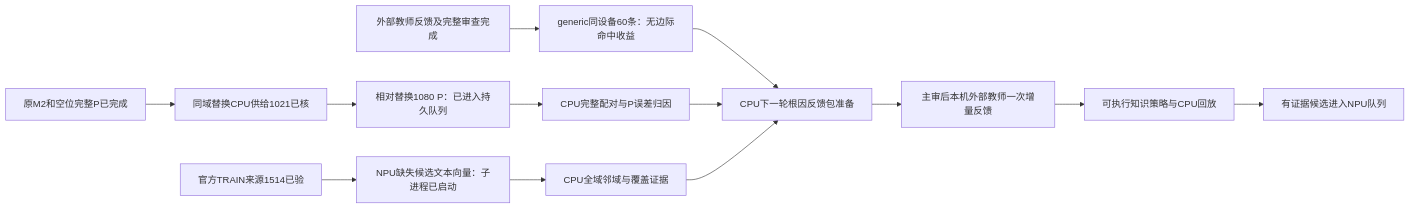
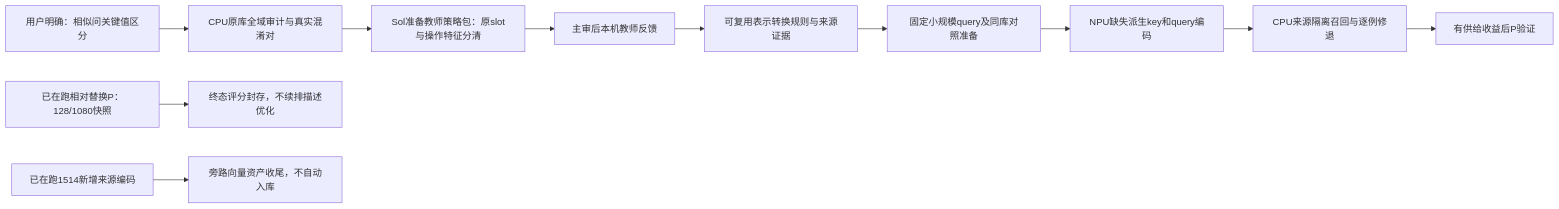
The diagram in docs/decisions/TFRL-Execution-DAG.md (chaosxingxc-orion/omni), drawn with Mermaid before and after one commit. The commit also changed other lines of this file and 8 other files, not shown here.

````diff
--- a/docs/decisions/TFRL-Execution-DAG.md
+++ b/docs/decisions/TFRL-Execution-DAG.md
@@ -5,15 +5,13 @@
 ```mermaid
 flowchart LR
- M[原M2和空位完整P已完成] --> R[同域替换CPU供给1021已核]
- R --> P[相对替换1080 P：已进入持久队列]
- T[外部教师反馈及完整审查完成] --> G[generic同设备60条：无边际命中收益]
- O[官方TRAIN来源1514已验] --> V[NPU缺失候选文本向量：子进程已启动]
- V --> K[CPU全域邻域与覆盖证据]
- G --> F[CPU下一轮根因反馈包准备]
- P --> A[CPU完整配对与P误差归因]
- A --> F
- K --> F
- F --> E[主审后本机外部教师一次增量反馈]
- E --> C[可执行知识策略与CPU回放]
- C --> N[有证据候选进入NPU队列]
+ U[用户明确：相似问关键值区分] --> A[CPU原库全域审计与真实混淆对]
+ A --> T[Sol准备教师策略包：原slot与操作特征分清]
+ T --> R[主审后本机教师反馈]
+ R --> C[可复用表示转换规则与来源证据]
+ C --> F[固定小规模query及同库对照准备]
+ F --> N[NPU缺失派生key和query编码]
+ N --> E[CPU来源隔离召回与逐例修退]
+ E --> P[有供给收益后P验证]
+ H[已在跑相对替换P：128/1080快照] --> X[终态评分封存，不续排描述优化]
+ K[已在跑1514新增来源编码] --> B[旁路向量资产收尾，不自动入库]
 ```
````
